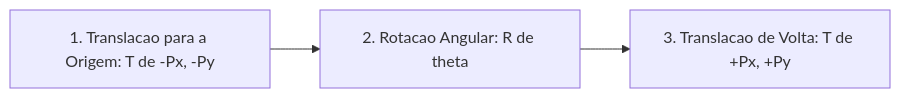
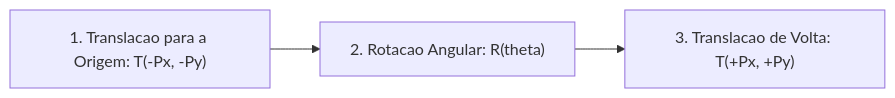
One commit to Gabriel-Freitas-S/CGPDI.StudyLab changed the diagram in docs/src/content/docs/cg2d/algebra-linear-e-matrizes.md. Above: the diagram before and after it, drawn with Mermaid. The commit also changed 499 other files, not shown here.

````diff
--- a/docs/src/content/docs/cg2d/algebra-linear-e-matrizes.md
+++ b/docs/src/content/docs/cg2d/algebra-linear-e-matrizes.md
@@ -50,5 +50,5 @@
 ```mermaid
 graph LR
-    A[1. Translacao para a Origem: T de -Px, -Py] --> B[2. Rotacao Angular: R de theta]
-    B --> C[3. Translacao de Volta: T de +Px, +Py]
+    A["1. Translacao para a Origem: T(-Px, -Py)"] --> B["2. Rotacao Angular: R(theta)"]
+    B --> C["3. Translacao de Volta: T(+Px, +Py)"]
 ```
````
